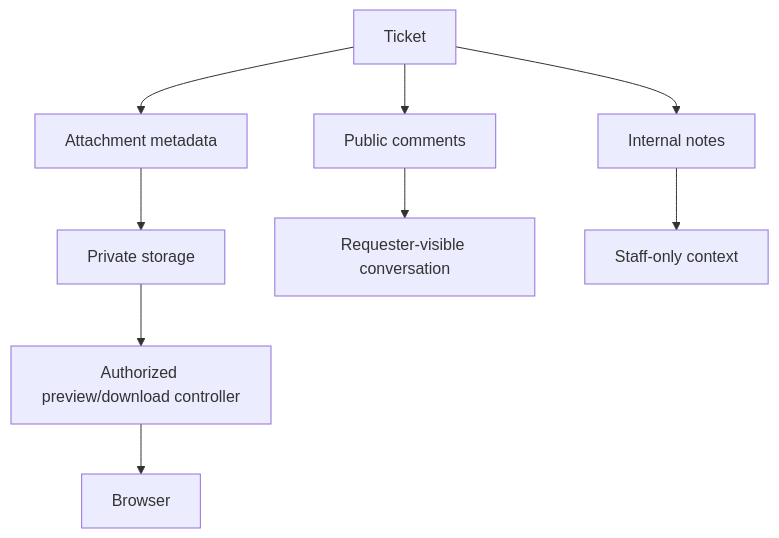
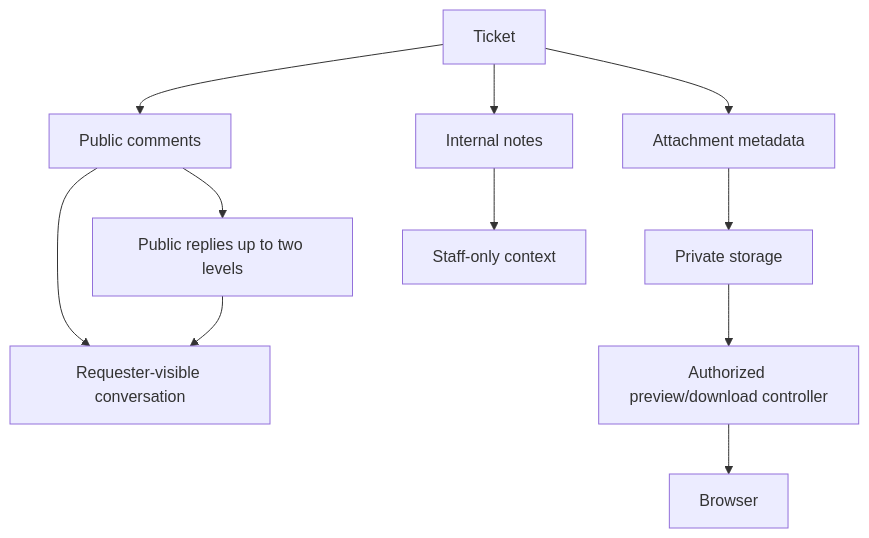
One commit to MisakCZ/purelydesk changed the fourth of 5 diagrams in docs/en/architecture.md. Above: the diagram before and after it, drawn with Mermaid. The commit also changed other lines of this file and 20 other files, not shown here.

````diff
--- a/docs/en/architecture.md
+++ b/docs/en/architecture.md
@@ -93,11 +93,13 @@
 ```mermaid
 flowchart TD
     Ticket[Ticket] --> PublicComments[Public comments]
     Ticket --> InternalNotes[Internal notes]
     Ticket --> AttachmentMetadata[Attachment metadata]
     AttachmentMetadata --> PrivateStorage[Private storage]
+    PublicComments --> PublicReplies[Public replies up to two levels]
     PublicComments --> RequesterVisible[Requester-visible conversation]
+    PublicReplies --> RequesterVisible
     InternalNotes --> StaffOnly[Staff-only context]
     PrivateStorage --> Controller[Authorized preview/download controller]
     Controller --> Browser[Browser]
 ```
````
